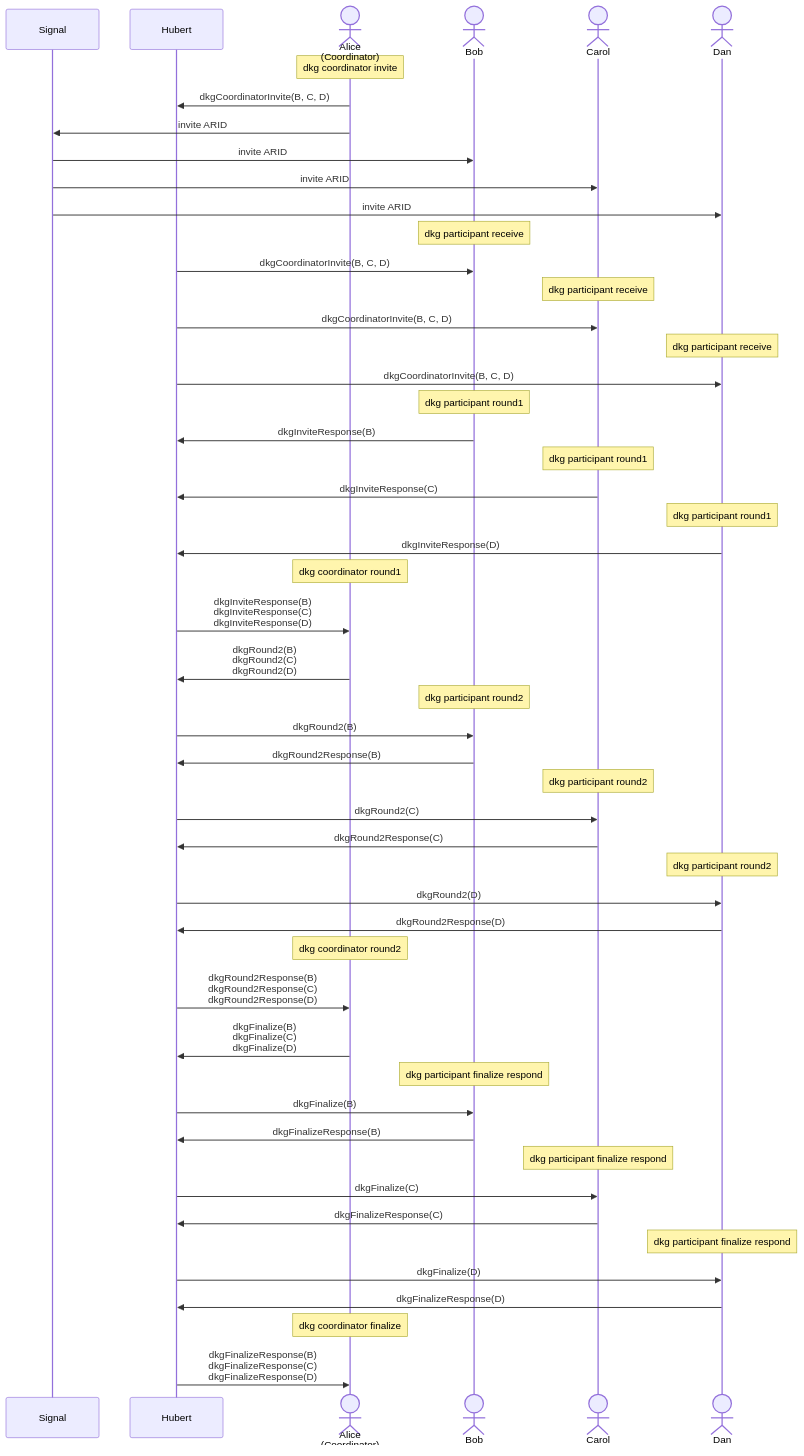
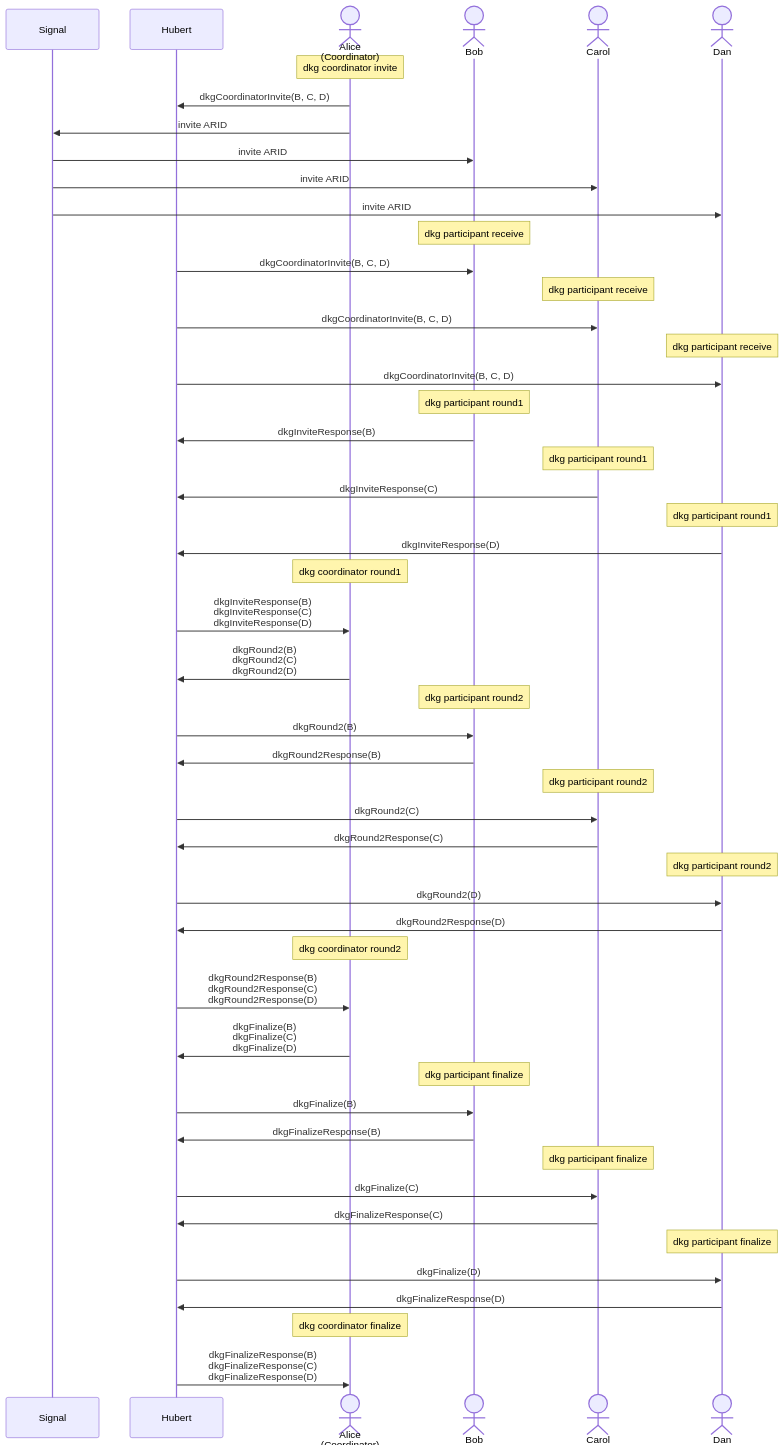
The second of 3 diagrams in sequence-diagram.md (BlockchainCommons/frost-hubert-rust), drawn with Mermaid before and after one commit. The commit also changed 2 other files, not shown here.

````diff
--- a/sequence-diagram.md
+++ b/sequence-diagram.md
@@ -26,69 +26,69 @@
 ```mermaid
 sequenceDiagram
     participant S as Signal
     participant H as Hubert
     actor A as Alice<br/>(Coordinator)
     actor B as Bob
     actor C as Carol
     actor D as Dan
 
     note over A: dkg coordinator invite
     A->>H: dkgCoordinatorInvite(B, C, D)
     A->>S: invite ARID
     S->>B: invite ARID
     S->>C: invite ARID
     S->>D: invite ARID
 
     note over B: dkg participant receive
     H->>B: dkgCoordinatorInvite(B, C, D)
 
     note over C: dkg participant receive
     H->>C: dkgCoordinatorInvite(B, C, D)
 
     note over D: dkg participant receive
     H->>D: dkgCoordinatorInvite(B, C, D)
 
     note over B: dkg participant round1
     B->>H: dkgInviteResponse(B)
 
     note over C: dkg participant round1
     C->>H: dkgInviteResponse(C)
 
     note over D: dkg participant round1
     D->>H: dkgInviteResponse(D)
 
     note over A: dkg coordinator round1
     H->>A: dkgInviteResponse(B)<br/>dkgInviteResponse(C)<br/>dkgInviteResponse(D)
     A->>H: dkgRound2(B)<br/>dkgRound2(C)<br/>dkgRound2(D)
 
     note over B: dkg participant round2
     H->>B: dkgRound2(B)
     B->>H: dkgRound2Response(B)
 
     note over C: dkg participant round2
     H->>C: dkgRound2(C)
     C->>H: dkgRound2Response(C)
 
     note over D: dkg participant round2
     H->>D: dkgRound2(D)
     D->>H: dkgRound2Response(D)
 
     note over A: dkg coordinator round2
     H->>A: dkgRound2Response(B)<br/>dkgRound2Response(C)<br/>dkgRound2Response(D)
     A->>H: dkgFinalize(B)<br/>dkgFinalize(C)<br/>dkgFinalize(D)
 
-    note over B: dkg participant finalize respond
+    note over B: dkg participant finalize
     H->>B: dkgFinalize(B)
     B->>H: dkgFinalizeResponse(B)
 
-    note over C: dkg participant finalize respond
+    note over C: dkg participant finalize
     H->>C: dkgFinalize(C)
     C->>H: dkgFinalizeResponse(C)
 
-    note over D: dkg participant finalize respond
+    note over D: dkg participant finalize
     H->>D: dkgFinalize(D)
     D->>H: dkgFinalizeResponse(D)
 
     note over A: dkg coordinator finalize
     H->>A: dkgFinalizeResponse(B)<br/>dkgFinalizeResponse(C)<br/>dkgFinalizeResponse(D)
 ```
````
